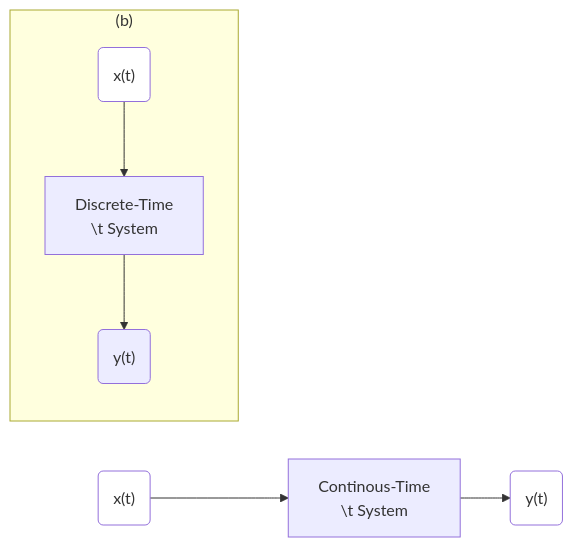
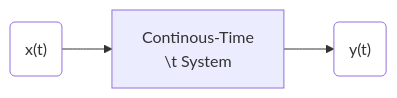
Before and after one commit to setrar/dsp: the first of 2 diagrams in signal-processing/kutz/README.md, drawn with Mermaid. The commit also changed other lines of this file, not shown here.

````diff
--- a/signal-processing/kutz/README.md
+++ b/signal-processing/kutz/README.md
@@ -50,11 +50,7 @@
 ```mermaid
 %%{init: {"flowchart": {"htmlLabels": false}} }%%
 flowchart LR
     a("x(t)"):::someclass -->b[Continous-Time \n\t System]
     b-->d("y(t)"):::someclass
     classDef someclass fill:#fff
-subgraph "(b)"
-    e("x(t)"):::someclass -->f[Discrete-Time \n\t System]
-    f-->g("y(t)")
-end
 ```
````
